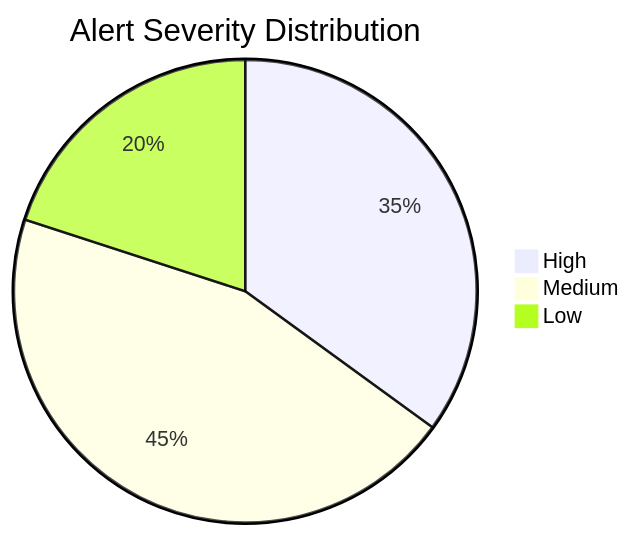
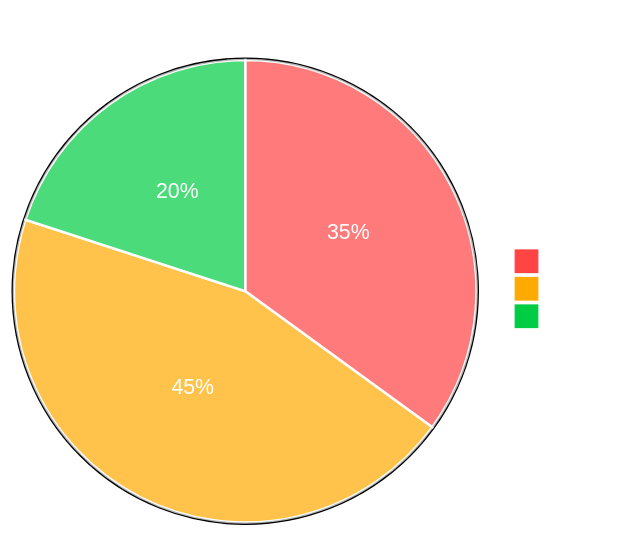
The sixth of 8 diagrams in README.md (Speed-boo3/soc-project), drawn with Mermaid before and after one commit. The commit also changed other lines of this file, not shown here.

Commit message:
Fix diagram colors: bright readable nodes on all diagrams

````diff
--- a/README.md
+++ b/README.md
@@ -215,6 +252,7 @@
 ```mermaid
+%%{init: {'pie': {'textPosition': 0.5}, 'themeVariables': {'pie1': '#ff4444', 'pie2': '#ffaa00', 'pie3': '#00cc44', 'pieTextColor': '#ffffff', 'pieTitleTextColor': '#ffffff', 'pieSectionTextColor': '#ffffff', 'pieLegendTextColor': '#ffffff', 'pieStrokeColor': '#ffffff'}}}%%
 pie title Alert Severity Distribution
     "High"   : 35
     "Medium" : 45
     "Low"    : 20
 ```
````
